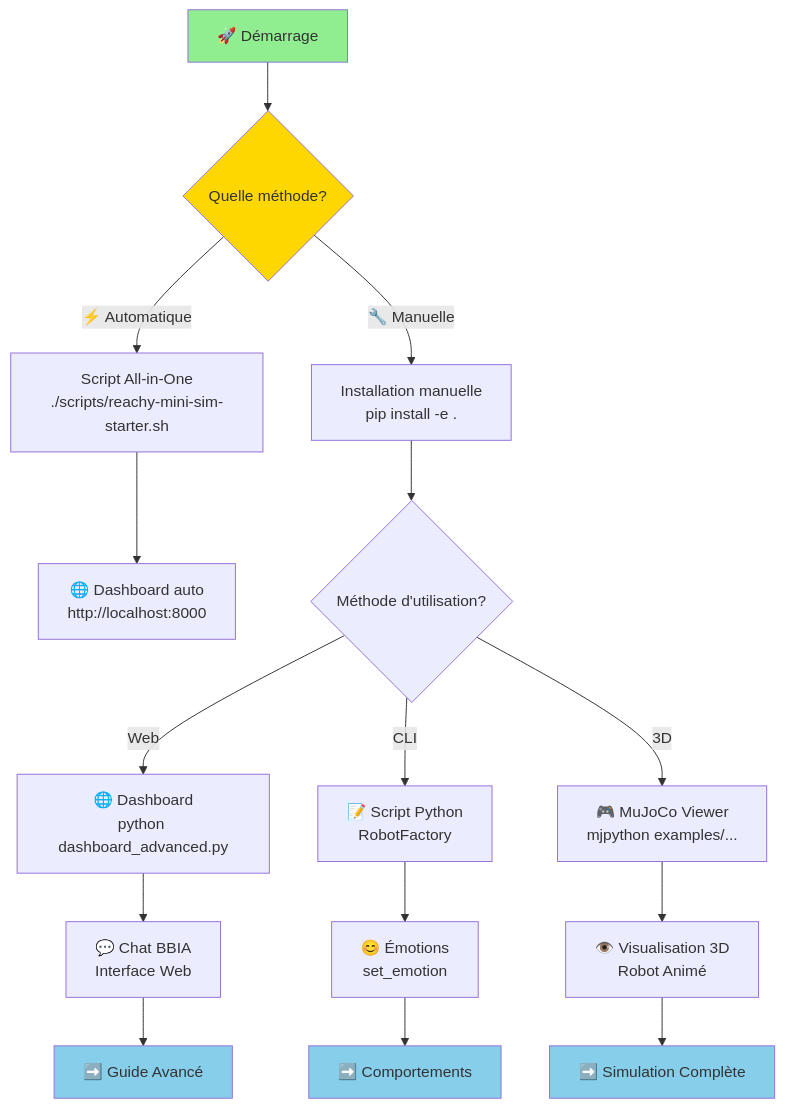
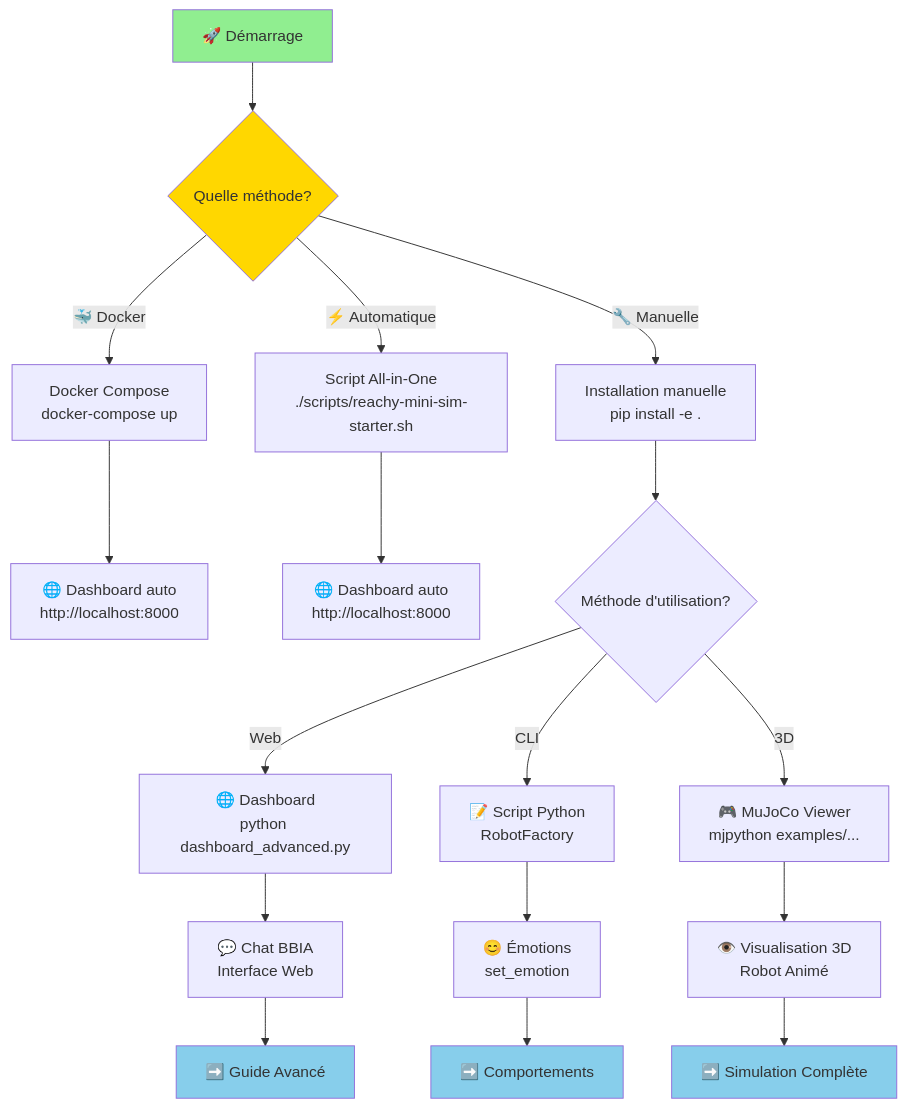
One commit to arkalia-luna-system/bbia-sim changed the second of 2 diagrams in docs/guides/GUIDE_DEMARRAGE.md. Above: the diagram before and after it, drawn with Mermaid. The commit also changed other lines of this file and 10 other files, not shown here.

````diff
--- a/docs/guides/GUIDE_DEMARRAGE.md
+++ b/docs/guides/GUIDE_DEMARRAGE.md
@@ -53,29 +53,32 @@
 ```mermaid
 flowchart TD
     START[🚀 Démarrage] --> CHOICE{Quelle méthode?}
     
+    CHOICE -->|🐳 Docker| DOCKER[Docker Compose<br/>docker-compose up]
     CHOICE -->|⚡ Automatique| AUTO[Script All-in-One<br/>./scripts/reachy-mini-sim-starter.sh]
     CHOICE -->|🔧 Manuelle| MANUAL[Installation manuelle<br/>pip install -e .]
+    
+    DOCKER --> DASH_DOCKER[🌐 Dashboard auto<br/>http://localhost:8000]
     
     AUTO --> DASH_AUTO[🌐 Dashboard auto<br/>http://localhost:8000]
     MANUAL --> CHOICE2{Méthode d'utilisation?}
     
     CHOICE2 -->|Web| DASH[🌐 Dashboard<br/>python dashboard_advanced.py]
     CHOICE2 -->|CLI| SCRIPT[📝 Script Python<br/>RobotFactory]
     CHOICE2 -->|3D| MUJOCO[🎮 MuJoCo Viewer<br/>mjpython examples/...]
 
     DASH --> CHAT[💬 Chat BBIA<br/>Interface Web]
     SCRIPT --> EMOTION[😊 Émotions<br/>set_emotion]
     MUJOCO --> VISUAL[👁️ Visualisation 3D<br/>Robot Animé]
 
     CHAT --> NEXT1[➡️ Guide Avancé]
     EMOTION --> NEXT2[➡️ Comportements]
     VISUAL --> NEXT3[➡️ Simulation Complète]
 
     style START fill:#90EE90
     style CHOICE fill:#FFD700
     style NEXT1 fill:#87CEEB
     style NEXT2 fill:#87CEEB
     style NEXT3 fill:#87CEEB
 
 ```
````
